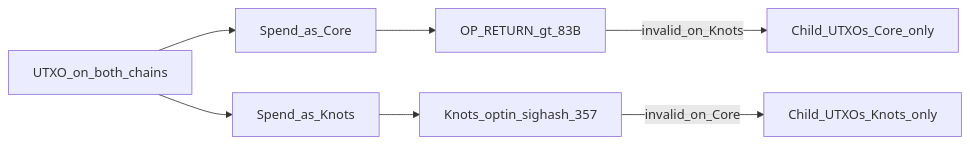
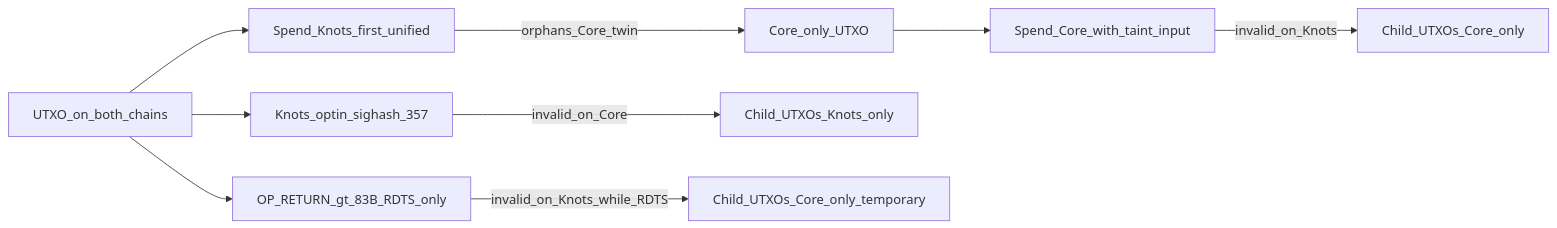
Before and after one commit to theSeattleUnfreeze/neop: the diagram in docs/replay.md, drawn with Mermaid. The commit also changed other lines of this file and 4 other files, not shown here.

First line of the commit message:
docs: taint-first Core replay doctrine (#24)

````diff
--- a/docs/replay.md
+++ b/docs/replay.md
@@ -9,14 +19,16 @@
 ```mermaid
 flowchart LR
   Both[UTXO_on_both_chains]
-  CoreSend[Spend_as_Core]
-  KnotsSend[Spend_as_Knots]
-  OpRet["OP_RETURN_gt_83B"]
+  KnotsFirst[Spend_Knots_first_unified]
+  CoreTaint[Spend_Core_with_taint_input]
+  OpRet["OP_RETURN_gt_83B_RDTS_only"]
   Sighash["Knots_optin_sighash_357"]
-  Both --> CoreSend
-  Both --> KnotsSend
-  CoreSend --> OpRet
-  OpRet -->|invalid_on_Knots| CoreOnly[Child_UTXOs_Core_only]
-  KnotsSend --> Sighash
+  Both --> KnotsFirst
+  KnotsFirst -->|orphans_Core_twin| CoreOnlyParent[Core_only_UTXO]
+  Both --> Sighash
   Sighash -->|invalid_on_Core| KnotsOnly[Child_UTXOs_Knots_only]
+  CoreOnlyParent --> CoreTaint
+  CoreTaint -->|invalid_on_Knots| CoreOnly[Child_UTXOs_Core_only]
+  Both --> OpRet
+  OpRet -->|invalid_on_Knots_while_RDTS| CoreOnlyTemp[Child_UTXOs_Core_only_temporary]
 ```
````
